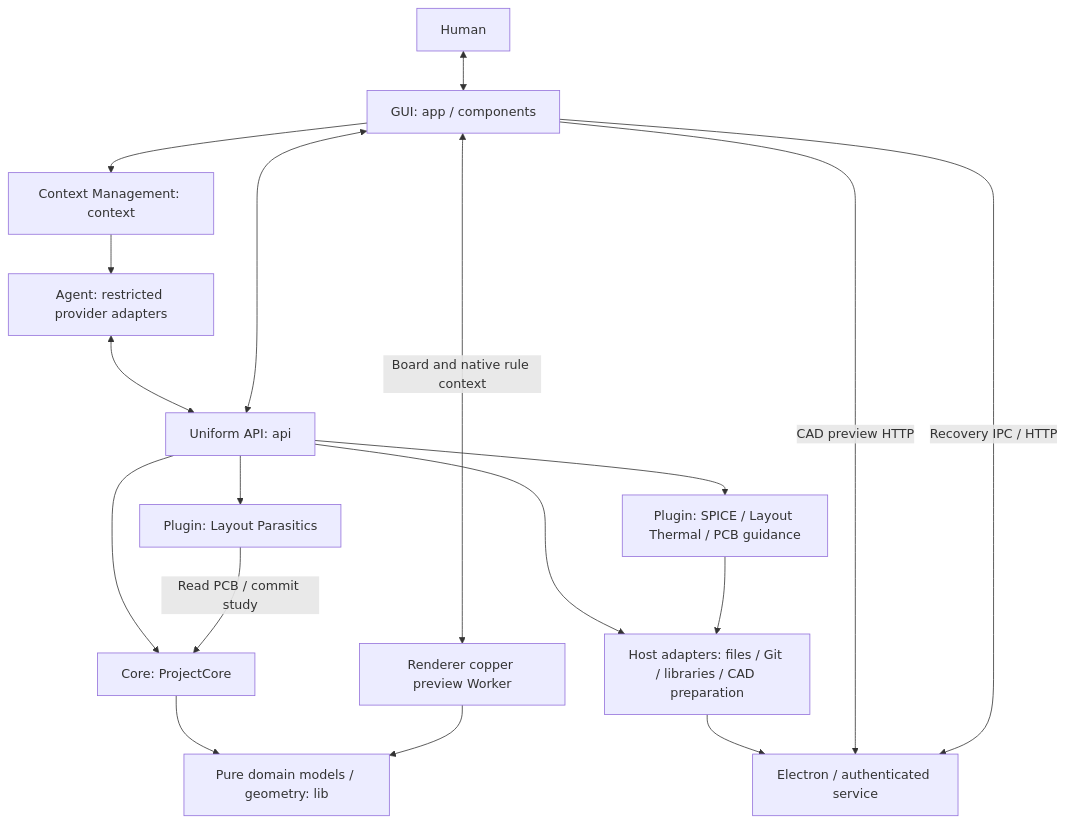
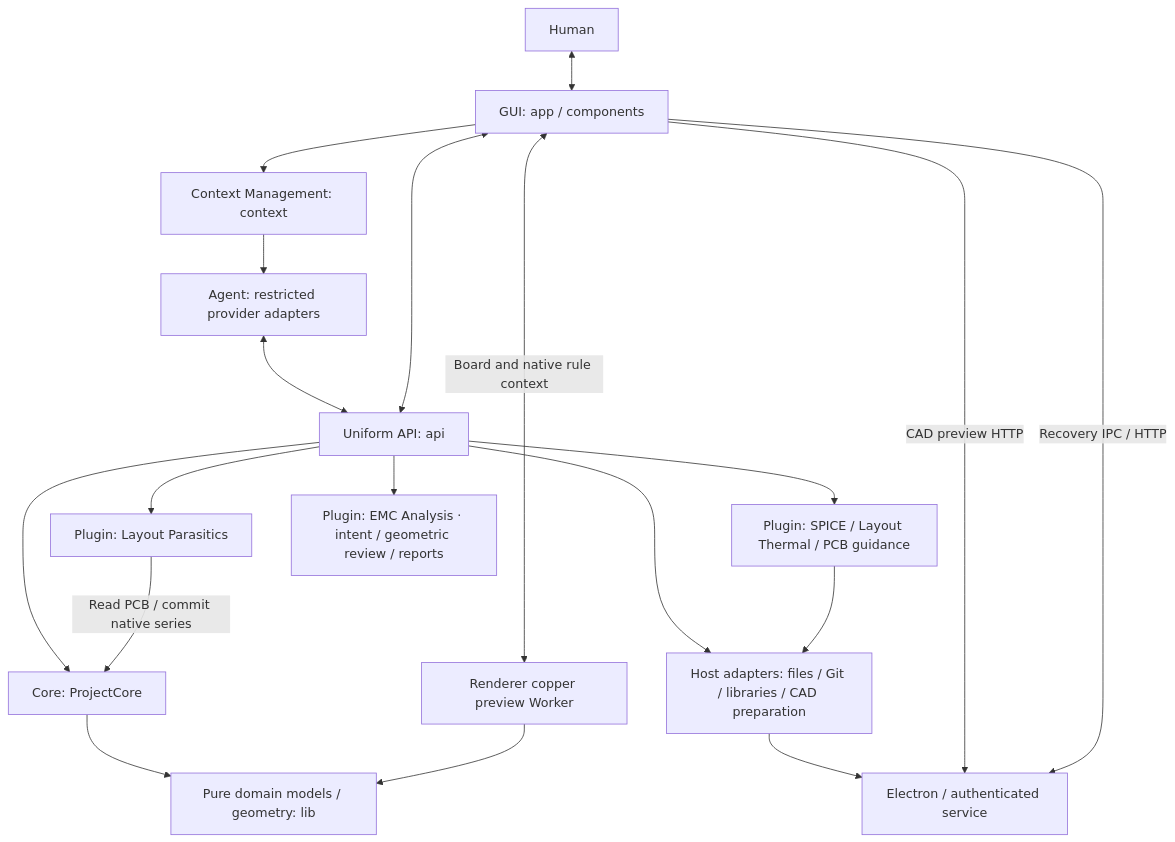
One commit to Open-Power-Electronics/OpenPE changed the first of 2 diagrams in docs/ARCHITECTURE.md. Above: the diagram before and after it, drawn with Mermaid. The commit also changed other lines of this file and 108 other files, not shown here.

Commit message:
Add EMC layout review and refine schematic and editor workflows

````diff
--- a/docs/ARCHITECTURE.md
+++ b/docs/ARCHITECTURE.md
@@ -13,20 +13,21 @@
 ```mermaid
 flowchart TB
     Human[Human] <--> GUI[GUI: app / components]
     GUI --> Context[Context Management: context]
     Context --> Agent[Agent: restricted provider adapters]
     Agent <--> API[Uniform API: api]
     GUI <--> API
     API --> Core[Core: ProjectCore]
     Core --> Domain[Pure domain models / geometry: lib]
     GUI <-->|Board and native rule context| CopperWorker[Renderer copper preview Worker]
     CopperWorker --> Domain
     API --> Plugin[Plugin: SPICE / Layout Thermal / PCB guidance]
     API --> Parasitics[Plugin: Layout Parasitics]
+    API --> EMC[Plugin: EMC Analysis · intent / geometric review / reports]
     API --> Ports[Host adapters: files / Git / libraries / CAD preparation]
     Plugin --> Ports
-    Parasitics -->|Read PCB / commit study| Core
+    Parasitics -->|Read PCB / commit native series| Core
     Ports --> Host[Electron / authenticated service]
     GUI -->|CAD preview HTTP| Host
     GUI -->|Recovery IPC / HTTP| Host
 ```
````
